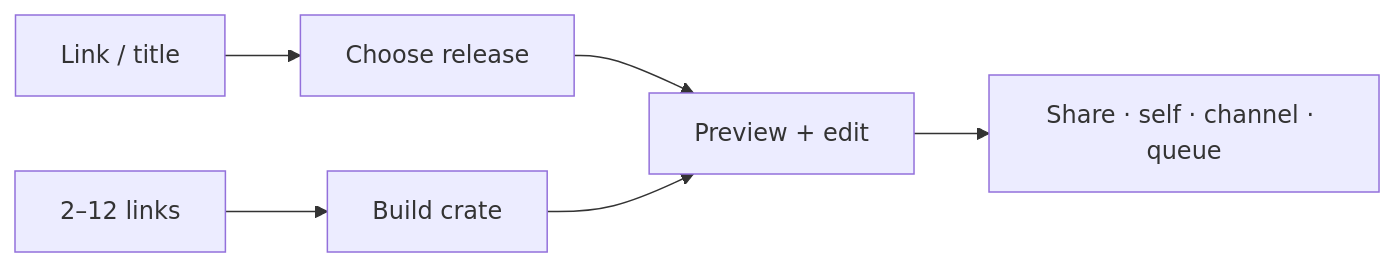
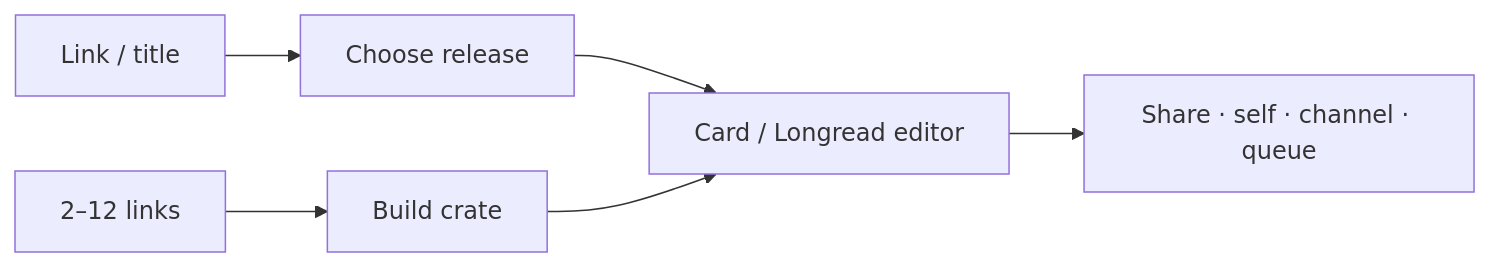
Before and after one commit to StonerHand/stonerhand-soundlinks-bot: the diagram in README.md, drawn with Mermaid. The commit also changed other lines of this file and 18 other files, not shown here.

````diff
--- a/README.md
+++ b/README.md
@@ -40,8 +41,8 @@
 ```mermaid
 flowchart LR
     A["Link / title"] --> B["Choose release"]
     A2["2–12 links"] --> C["Build crate"]
-    B --> D["Preview + edit"]
+    B --> D["Card / Longread editor"]
     C --> D
     D --> E["Share · self · channel · queue"]
 ```
````
